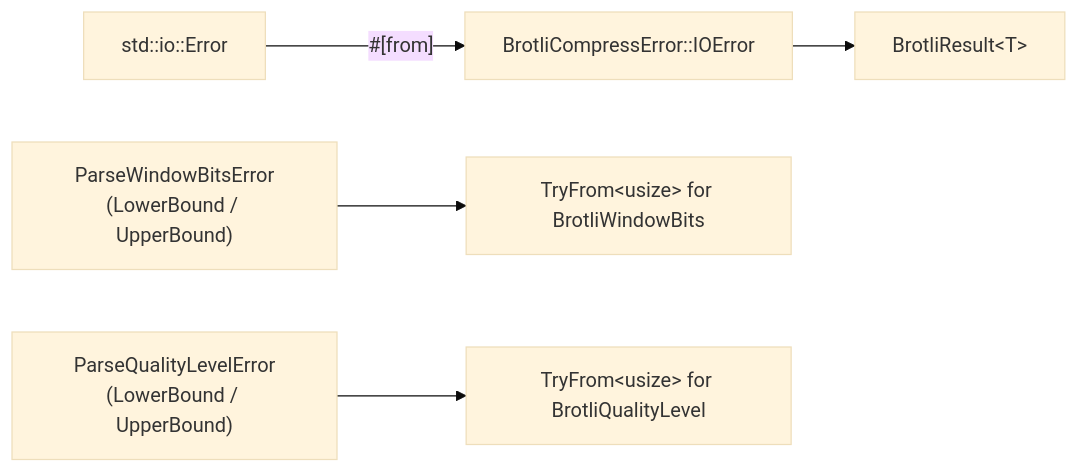
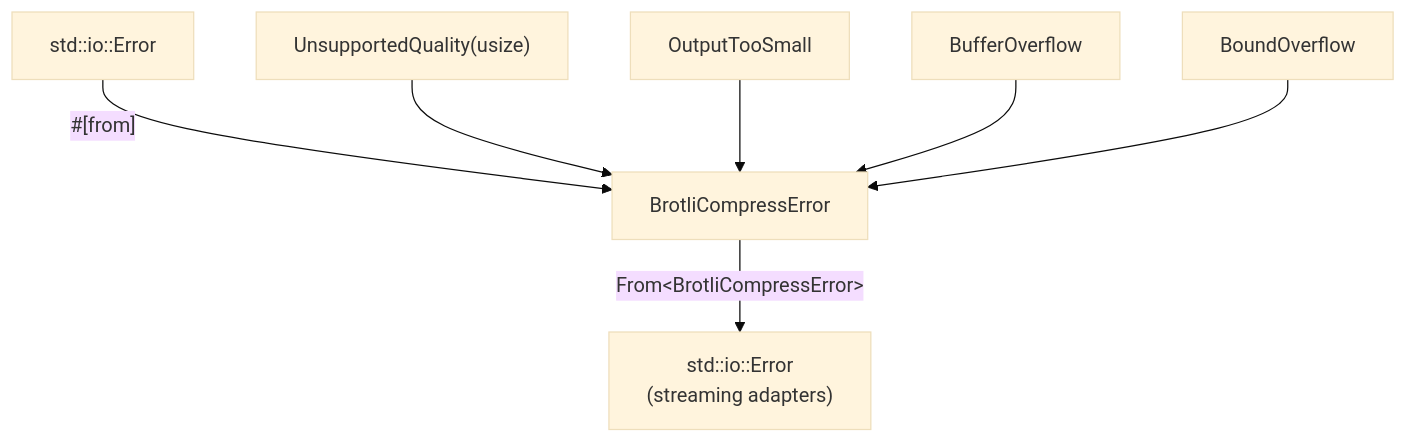
Before and after one commit to Mnwa/mbrotli: the fifth of 7 diagrams in architecture/compressor.md, drawn with Mermaid (base theme). The commit also changed other lines of this file and 52 other files, not shown here.

````diff
--- a/architecture/compressor.md
+++ b/architecture/compressor.md
@@ -212,7 +193,9 @@
 ```mermaid
-graph LR
-    io["std::io::Error"] -->|"#[from]"| ce["BrotliCompressError::IOError"]
-    ce --> res["BrotliResult&lt;T&gt;"]
-    pw["ParseWindowBitsError<br/>(LowerBound / UpperBound)"] --> tf1["TryFrom&lt;usize&gt; for BrotliWindowBits"]
-    pq["ParseQualityLevelError<br/>(LowerBound / UpperBound)"] --> tf2["TryFrom&lt;usize&gt; for BrotliQualityLevel"]
+graph TD
+    io["std::io::Error"] -->|"#[from]"| err["BrotliCompressError"]
+    unsup["UnsupportedQuality(usize)"] --> err
+    small["OutputTooSmall"] --> err
+    overflow["BufferOverflow"] --> err
+    boundovf["BoundOverflow"] --> err
+    err -->|"From&lt;BrotliCompressError&gt;"| io2["std::io::Error<br/>(streaming adapters)"]
 ```
````
